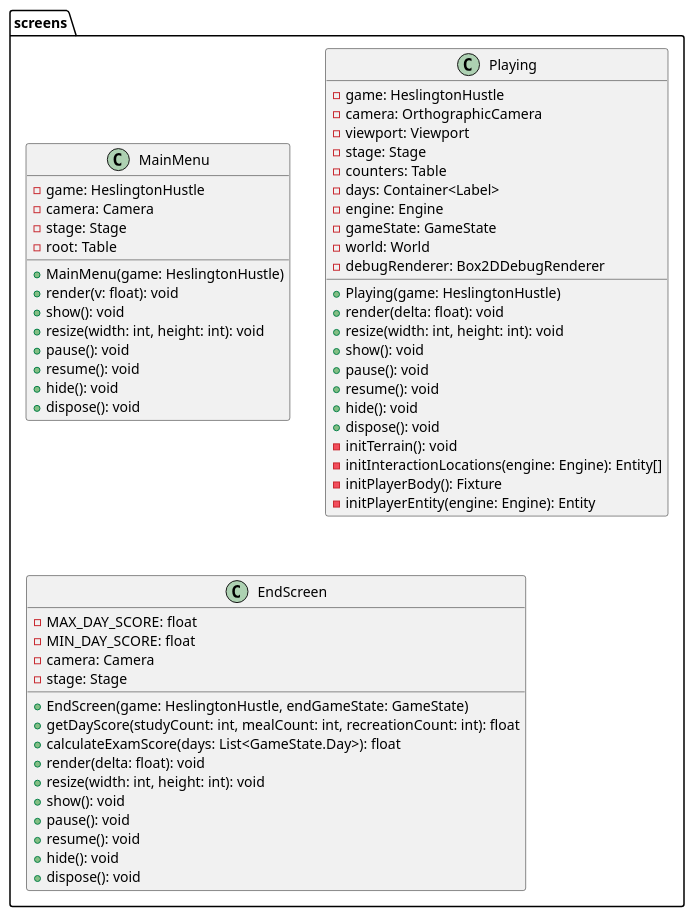
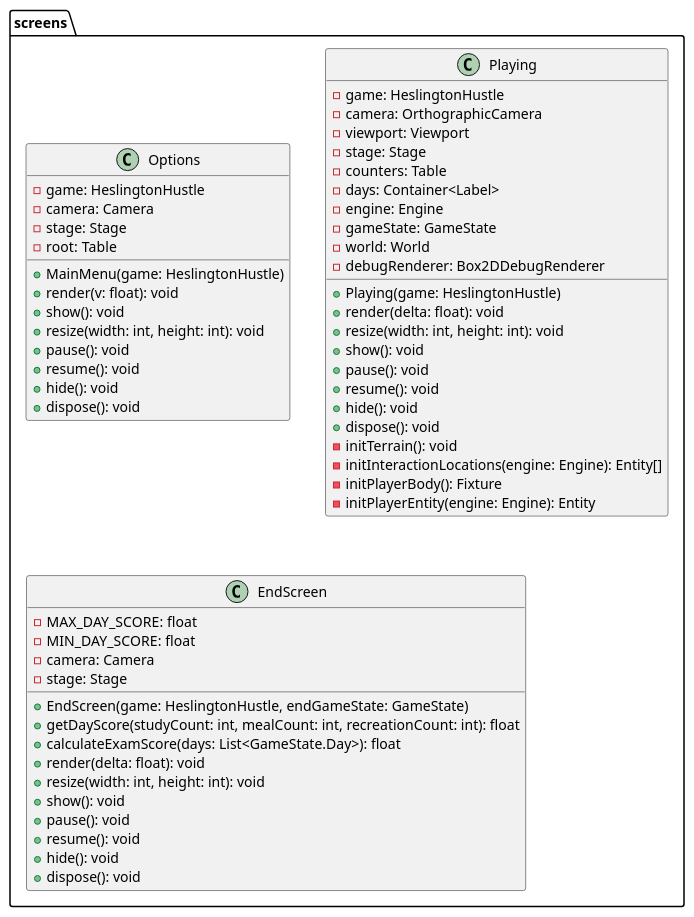
Before and after one commit to ENG1-Group-9-2024/Heslington-Hustle-2: the diagram in architecture/screens.puml, drawn with PlantUML. The commit also changed 3 other files, not shown here.

```diff
--- a/architecture/screens.puml
+++ b/architecture/screens.puml
@@ -1,62 +1,64 @@
 @startuml
 
 package screens {
-    class MainMenu {
+    class Options {
         - game: HeslingtonHustle
         - camera: Camera
         - stage: Stage
         - root: Table
         + MainMenu(game: HeslingtonHustle)
         + render(v: float): void
         + show(): void
         + resize(width: int, height: int): void
         + pause(): void
         + resume(): void
         + hide(): void
         + dispose(): void
     }
 
     class Playing {
         - game: HeslingtonHustle
         - camera: OrthographicCamera
         - viewport: Viewport
         - stage: Stage
         - counters: Table
         - days: Container<Label>
         - engine: Engine
         - gameState: GameState
         - world: World
         - debugRenderer: Box2DDebugRenderer
         + Playing(game: HeslingtonHustle)
         + render(delta: float): void
         + resize(width: int, height: int): void
         + show(): void
         + pause(): void
         + resume(): void
         + hide(): void
         + dispose(): void
         - initTerrain(): void
         - initInteractionLocations(engine: Engine): Entity[]
         - initPlayerBody(): Fixture
         - initPlayerEntity(engine: Engine): Entity
     }
 
     class EndScreen {
         - MAX_DAY_SCORE: float
         - MIN_DAY_SCORE: float
         - camera: Camera
         - stage: Stage
 
         + EndScreen(game: HeslingtonHustle, endGameState: GameState)
         + getDayScore(studyCount: int, mealCount: int, recreationCount: int): float
         + calculateExamScore(days: List<GameState.Day>): float
         + render(delta: float): void
         + resize(width: int, height: int): void
         + show(): void
         + pause(): void
         + resume(): void
         + hide(): void
         + dispose(): void
     }
+
+
 }
 @enduml
```
